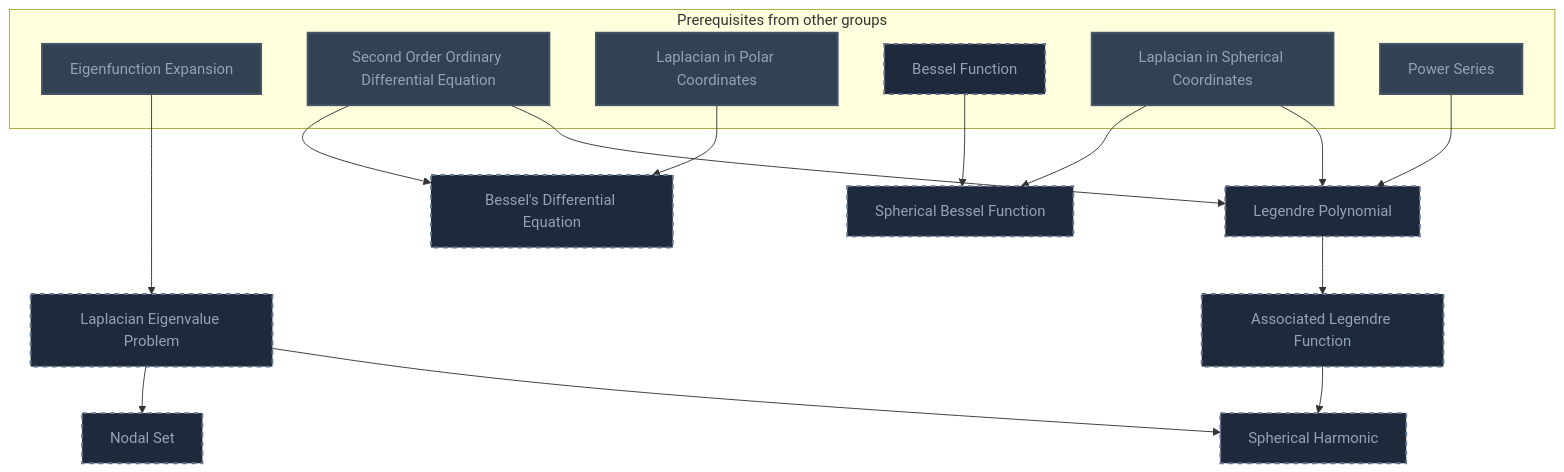
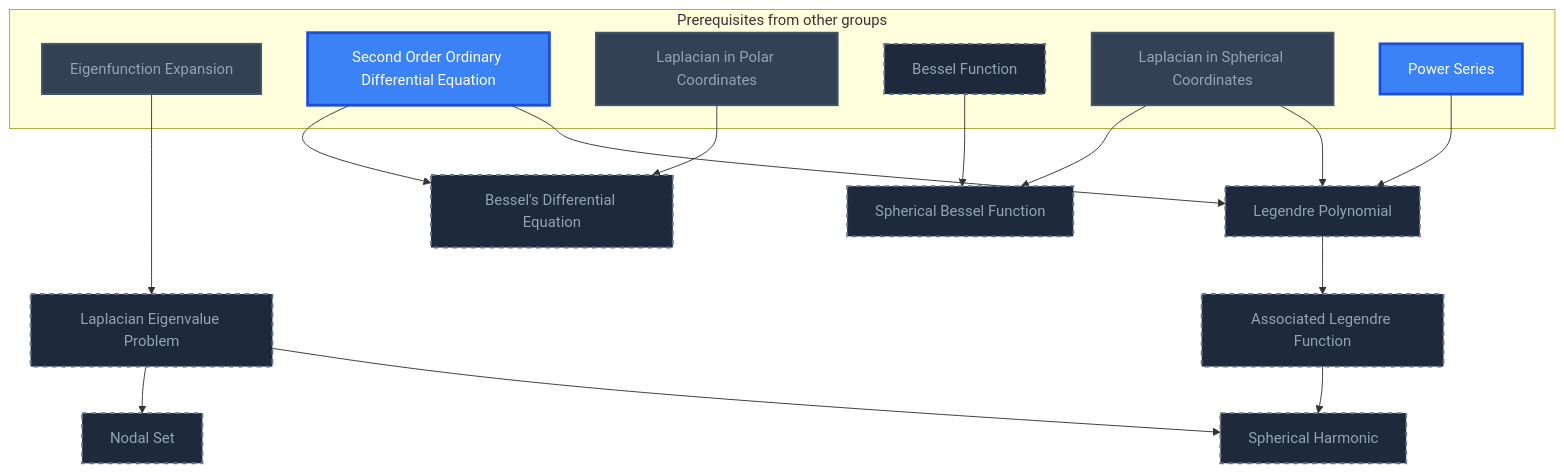
One commit to MRauf1/My-Notes changed the tenth of 25 diagrams in Gamification/Skill Trees/Partial Differential Equations.md. Above: the diagram before and after it, drawn with Mermaid. The commit also changed other lines of this file and 145 other files, not shown here.

````diff
--- a/Gamification/Skill Trees/Partial Differential Equations.md
+++ b/Gamification/Skill Trees/Partial Differential Equations.md
@@ -679,42 +694,43 @@
 ```mermaid
 flowchart TD
     classDef planned fill:#1E293B,stroke:#64748B,stroke-width:2px,stroke-dasharray:5 5,color:#94A3B8;
     classDef locked fill:#334155,stroke:#475569,stroke-width:2px,color:#94A3B8;
     classDef L0 fill:#F1F5F9,stroke:#94A3B8,stroke-width:2px,color:#000000;
     classDef L1 fill:#22C55E,stroke:#15803D,stroke-width:2px,color:#000000;
     classDef L2 fill:#3B82F6,stroke:#1D4ED8,stroke-width:3px,color:#FFFFFF;
     classDef L3 fill:#A855F7,stroke:#6B21A8,stroke-width:3px,color:#FFFFFF,font-weight:bold;
     classDef L4 fill:#F97316,stroke:#C2410C,stroke-width:4px,color:#000000,font-weight:bold;
     classDef L5 fill:#FFD700,stroke:#FF8C00,stroke-width:5px,color:#000000,font-weight:bold;
     classDef rusty stroke:#8B4513,stroke-width:4px,stroke-dasharray:3 3;
     subgraph sg_prereqs["Prerequisites from other groups"]
         n_eigenfunction_expansion["Eigenfunction Expansion"]
         n_second_order_ordinary_differential_equation["Second Order Ordinary Differential Equation"]
         n_laplacian_in_polar_coordinates["Laplacian in Polar Coordinates"]
         n_bessel_function["Bessel Function"]
         n_laplacian_in_spherical_coordinates["Laplacian in Spherical Coordinates"]
         n_power_series["Power Series"]
     end
     n_laplacian_eigenvalue_problem["Laplacian Eigenvalue Problem"]
     n_nodal_set["Nodal Set"]
     n_bessel_s_differential_equation["Bessel's Differential Equation"]
     n_spherical_bessel_function["Spherical Bessel Function"]
     n_legendre_polynomial["Legendre Polynomial"]
     n_associated_legendre_function["Associated Legendre Function"]
     n_spherical_harmonic["Spherical Harmonic"]
     n_eigenfunction_expansion --> n_laplacian_eigenvalue_problem
     n_laplacian_eigenvalue_problem --> n_nodal_set
     n_second_order_ordinary_differential_equation --> n_bessel_s_differential_equation
     n_laplacian_in_polar_coordinates --> n_bessel_s_differential_equation
     n_bessel_function --> n_spherical_bessel_function
     n_laplacian_in_spherical_coordinates --> n_spherical_bessel_function
     n_laplacian_in_spherical_coordinates --> n_legendre_polynomial
     n_second_order_ordinary_differential_equation --> n_legendre_polynomial
     n_power_series --> n_legendre_polynomial
     n_legendre_polynomial --> n_associated_legendre_function
     n_associated_legendre_function --> n_spherical_harmonic
     n_laplacian_eigenvalue_problem --> n_spherical_harmonic
     class n_bessel_function,n_laplacian_eigenvalue_problem,n_nodal_set,n_bessel_s_differential_equation,n_spherical_bessel_function,n_legendre_polynomial,n_associated_legendre_function,n_spherical_harmonic planned;
-    class n_eigenfunction_expansion,n_second_order_ordinary_differential_equation,n_laplacian_in_polar_coordinates,n_laplacian_in_spherical_coordinates,n_power_series locked;
+    class n_eigenfunction_expansion,n_laplacian_in_polar_coordinates,n_laplacian_in_spherical_coordinates locked;
+    class n_second_order_ordinary_differential_equation,n_power_series L2;
     class n_eigenfunction_expansion,n_second_order_ordinary_differential_equation,n_laplacian_in_polar_coordinates,n_laplacian_in_spherical_coordinates,n_power_series internal-link;
 ```
````
